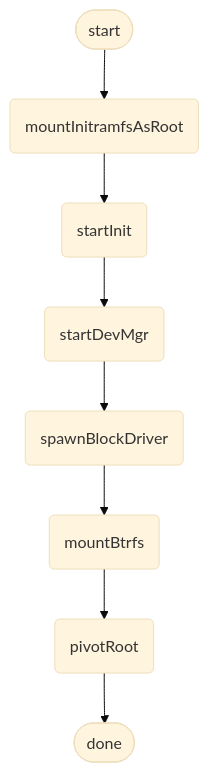
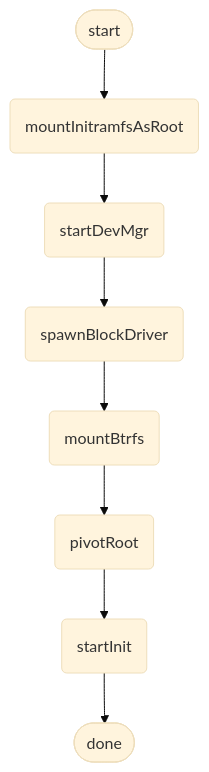
Before and after one commit to SetZero/ferrix: diagram 14 of 20 in docs/generated/ARCHITECTURE.md, drawn with Mermaid (base theme). The commit also changed other lines of this file and 12 other files, not shown here.

First line of the commit message:
Regenerate the architecture document from the model

````diff
--- a/docs/generated/ARCHITECTURE.md
+++ b/docs/generated/ARCHITECTURE.md
@@ -2028,18 +2118,18 @@
 ```mermaid
 flowchart TB
   n0_FerrixDrivers_DriverBootstrap_start(["start"])
   n1_FerrixDrivers_DriverBootstrap_mountInitr("mountInitramfsAsRoot")
-  n2_FerrixDrivers_DriverBootstrap_startInit("startInit")
-  n3_FerrixDrivers_DriverBootstrap_startDevMg("startDevMgr")
-  n4_FerrixDrivers_DriverBootstrap_spawnBlock("spawnBlockDriver")
-  n5_FerrixDrivers_DriverBootstrap_mountBtrfs("mountBtrfs")
-  n6_FerrixDrivers_DriverBootstrap_pivotRoot("pivotRoot")
+  n2_FerrixDrivers_DriverBootstrap_startDevMg("startDevMgr")
+  n3_FerrixDrivers_DriverBootstrap_spawnBlock("spawnBlockDriver")
+  n4_FerrixDrivers_DriverBootstrap_mountBtrfs("mountBtrfs")
+  n5_FerrixDrivers_DriverBootstrap_pivotRoot("pivotRoot")
+  n6_FerrixDrivers_DriverBootstrap_startInit("startInit")
   n7_FerrixDrivers_DriverBootstrap_done(["done"])
   n0_FerrixDrivers_DriverBootstrap_start --> n1_FerrixDrivers_DriverBootstrap_mountInitr
-  n1_FerrixDrivers_DriverBootstrap_mountInitr --> n2_FerrixDrivers_DriverBootstrap_startInit
-  n2_FerrixDrivers_DriverBootstrap_startInit --> n3_FerrixDrivers_DriverBootstrap_startDevMg
-  n3_FerrixDrivers_DriverBootstrap_startDevMg --> n4_FerrixDrivers_DriverBootstrap_spawnBlock
-  n4_FerrixDrivers_DriverBootstrap_spawnBlock --> n5_FerrixDrivers_DriverBootstrap_mountBtrfs
-  n5_FerrixDrivers_DriverBootstrap_mountBtrfs --> n6_FerrixDrivers_DriverBootstrap_pivotRoot
-  n6_FerrixDrivers_DriverBootstrap_pivotRoot --> n7_FerrixDrivers_DriverBootstrap_done
+  n1_FerrixDrivers_DriverBootstrap_mountInitr --> n2_FerrixDrivers_DriverBootstrap_startDevMg
+  n2_FerrixDrivers_DriverBootstrap_startDevMg --> n3_FerrixDrivers_DriverBootstrap_spawnBlock
+  n3_FerrixDrivers_DriverBootstrap_spawnBlock --> n4_FerrixDrivers_DriverBootstrap_mountBtrfs
+  n4_FerrixDrivers_DriverBootstrap_mountBtrfs --> n5_FerrixDrivers_DriverBootstrap_pivotRoot
+  n5_FerrixDrivers_DriverBootstrap_pivotRoot --> n6_FerrixDrivers_DriverBootstrap_startInit
+  n6_FerrixDrivers_DriverBootstrap_startInit --> n7_FerrixDrivers_DriverBootstrap_done
 ```
````
